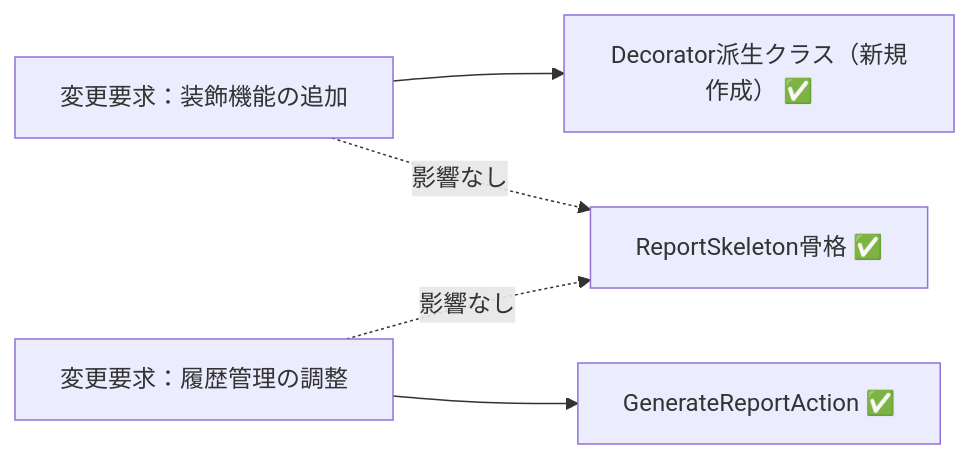
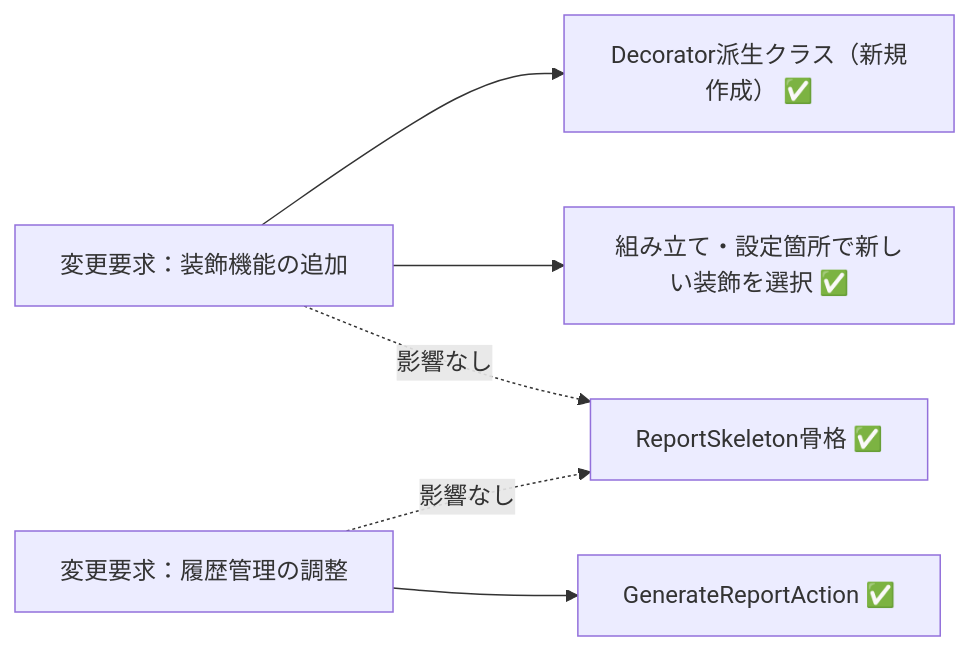
One commit to kumachan1101-pixel/DesignPattern changed the fifth of 6 diagrams in kindle/design-patterns/output/chapter11.md. Above: the diagram before and after it, drawn with Mermaid. The commit also changed other lines of this file and 1 other file, not shown here.

````diff
--- a/kindle/design-patterns/output/chapter11.md
+++ b/kindle/design-patterns/output/chapter11.md
@@ -1077,7 +1078,8 @@
 ```mermaid
 graph LR
     T1["変更要求：装飾機能の追加"] --> F1["Decorator派生クラス（新規作成） ✅"]
+    T1 --> C["組み立て・設定箇所で新しい装飾を選択 ✅"]
     T1 -. "影響なし" .-> A["ReportSkeleton骨格 ✅"]
     T2["変更要求：履歴管理の調整"] --> F2["GenerateReportAction ✅"]
     T2 -. "影響なし" .-> A
 ```
````
